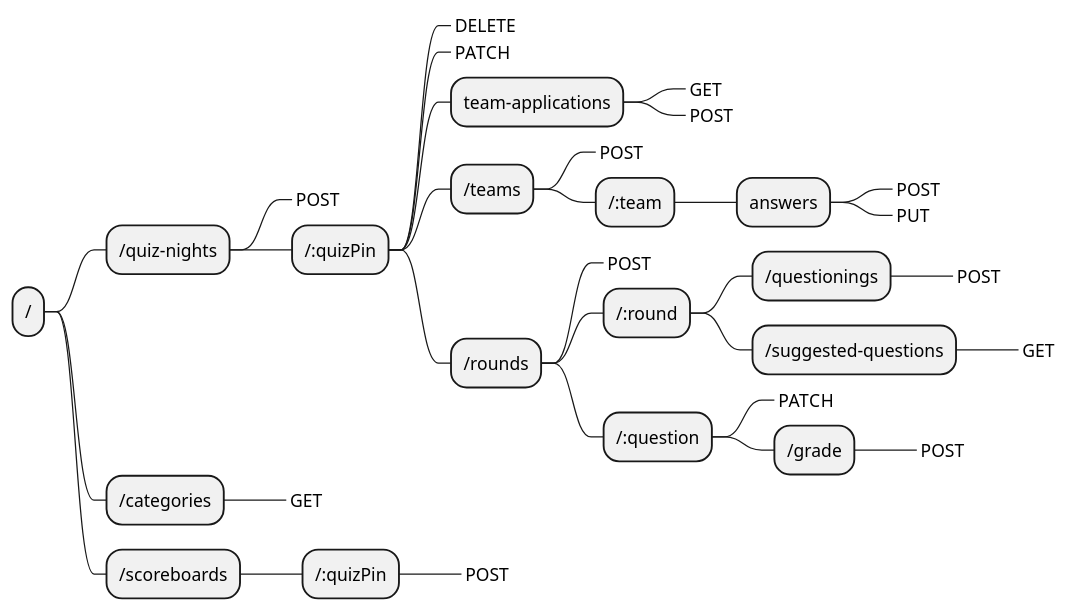
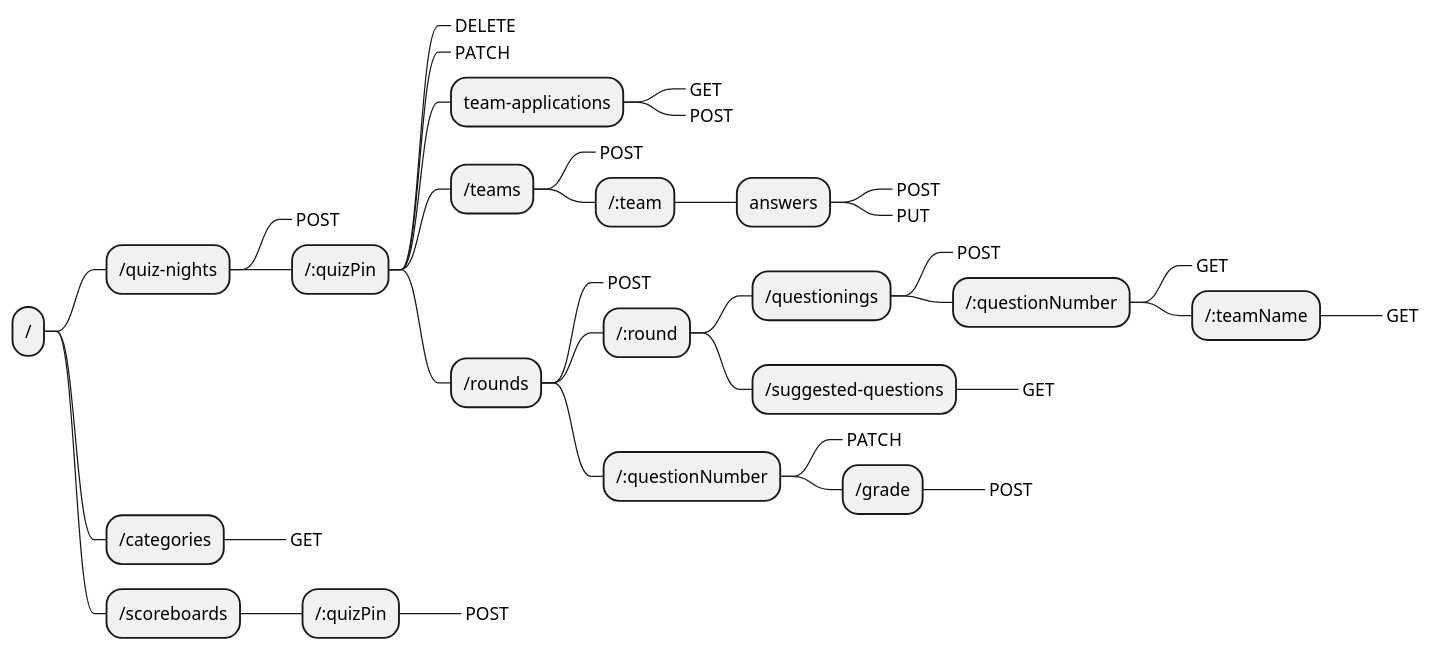
Before and after one commit to TomVermeer/dwaquiz: the first of 2 diagrams in docs/apiDocs.md, drawn with PlantUML. The commit also changed other lines of this file, not shown here.

````diff
--- a/docs/apiDocs.md
+++ b/docs/apiDocs.md
@@ -22,35 +22,39 @@
 ```puml
 @startmindmap
 * /
  * /quiz-nights
   *_ POST
   * /:quizPin
    *_ DELETE
    *_ PATCH
    * team-applications
     *_ GET
     *_ POST
    * /teams
     *_ POST
     * /:team
      * answers
       *_ POST
       *_ PUT
    * /rounds
     *_ POST
     * /:round
      * /questionings
       *_ POST
+      * /:questionNumber
+       *_ GET
+       * /:teamName
+        *_ GET
      * /suggested-questions
       *_ GET
-    * /:question
+    * /:questionNumber
      *_ PATCH
      * /grade
       *_ POST
  * /categories
   *_ GET
  * /scoreboards
   * /:quizPin
    *_ POST
 @endmindmap
 ```
````
